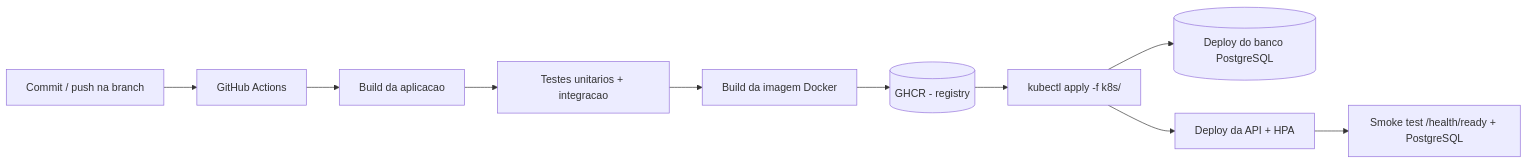
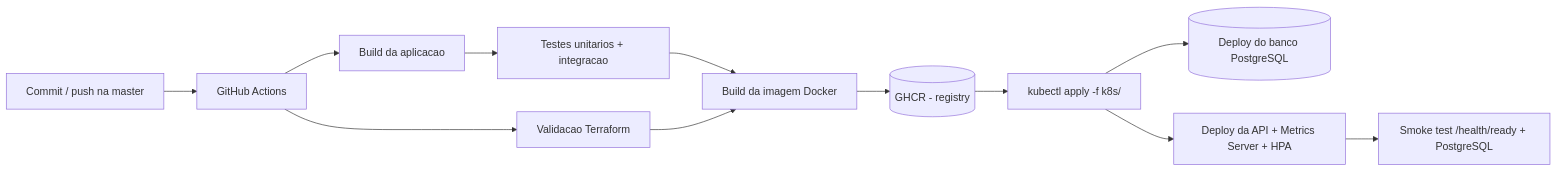
Before and after one commit to menta2010/tech-challenge-oficina-mecanica: the third of 3 diagrams in README.md, drawn with Mermaid. The commit also changed other lines of this file and 4 other files, not shown here.

Commit message:
feat: update CI/CD pipeline to include Terraform validation and metrics server setup; enhance README and add demo script for HPA

````diff
--- a/README.md
+++ b/README.md
@@ -635,12 +657,14 @@
 ```mermaid
 flowchart LR
-  DEV[Commit / push na branch] --> CI[GitHub Actions]
+  DEV[Commit / push na master] --> CI[GitHub Actions]
   CI --> B[Build da aplicacao]
+  CI --> TFV[Validacao Terraform]
   B --> T[Testes unitarios + integracao]
   T --> IMG[Build da imagem Docker]
+  TFV --> IMG
   IMG --> REG[(GHCR - registry)]
   REG --> DEP[kubectl apply -f k8s/]
   DEP --> DB[(Deploy do banco PostgreSQL)]
-  DEP --> APP[Deploy da API + HPA]
+  DEP --> APP[Deploy da API + Metrics Server + HPA]
   APP --> SMOKE[Smoke test /health/ready + PostgreSQL]
 ```
````
